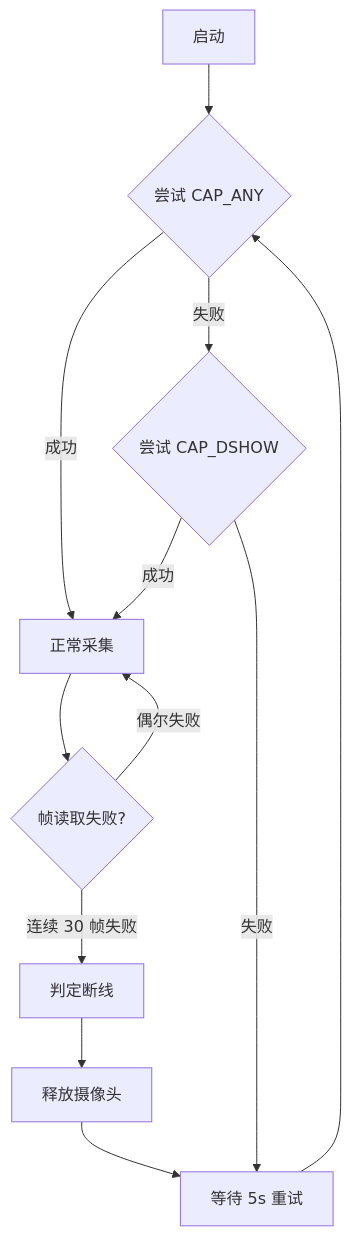
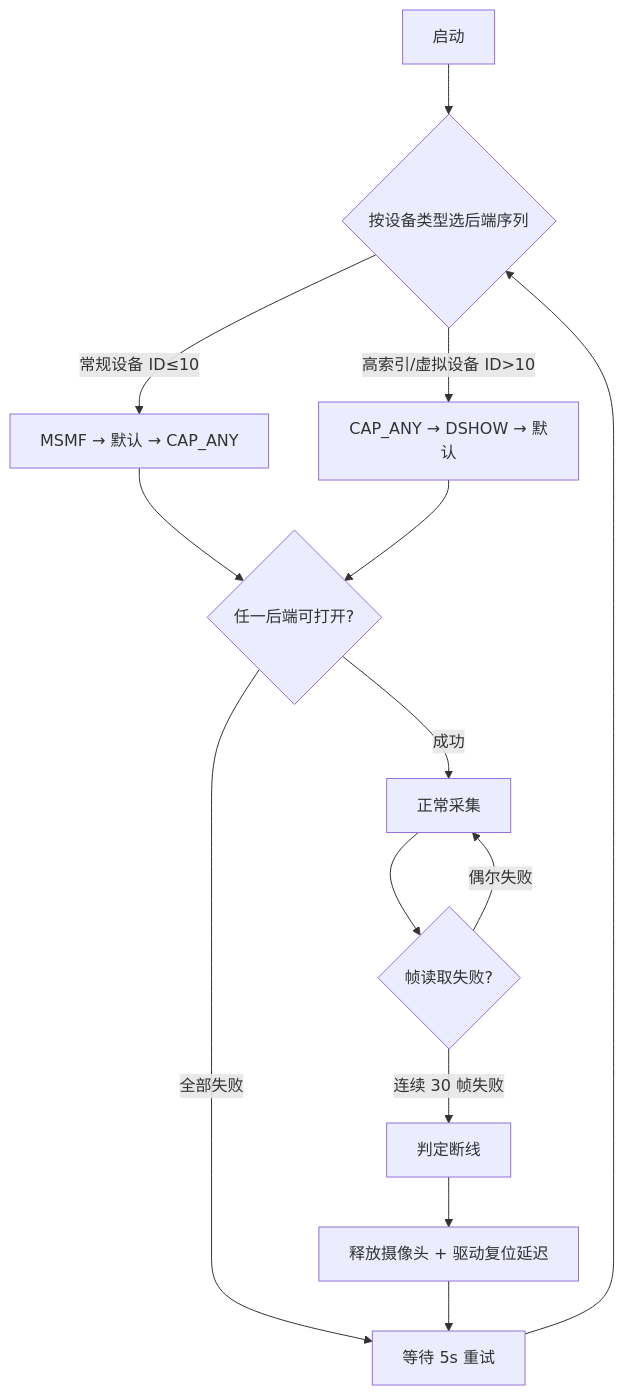
The second of 2 diagrams in README.md (voidleap-dev/face-system-arch), drawn with Mermaid before and after one commit. The commit also changed other lines of this file, not shown here.

````diff
--- a/README.md
+++ b/README.md
@@ -82,15 +82,17 @@
 ```mermaid
 graph TD
-    A[启动] --> B{尝试 CAP_ANY}
-    B -->|成功| C[正常采集]
-    B -->|失败| D{尝试 CAP_DSHOW}
-    D -->|成功| C
-    D -->|失败| E[等待 5s 重试]
+    A[启动] --> B{按设备类型选后端序列}
+    B -->|常规设备 ID≤10| C1[MSMF → 默认 → CAP_ANY]
+    B -->|高索引/虚拟设备 ID>10| C2[CAP_ANY → DSHOW → 默认]
+    C1 --> D{任一后端可打开?}
+    C2 --> D
+    D -->|成功| C[正常采集]
+    D -->|全部失败| E[等待 5s 重试]
     E --> B
-    
+
     C --> F{帧读取失败?}
     F -->|连续 30 帧失败| G[判定断线]
-    G --> H[释放摄像头]
+    G --> H[释放摄像头 + 驱动复位延迟]
     H --> E
     F -->|偶尔失败| C
 ```
````
